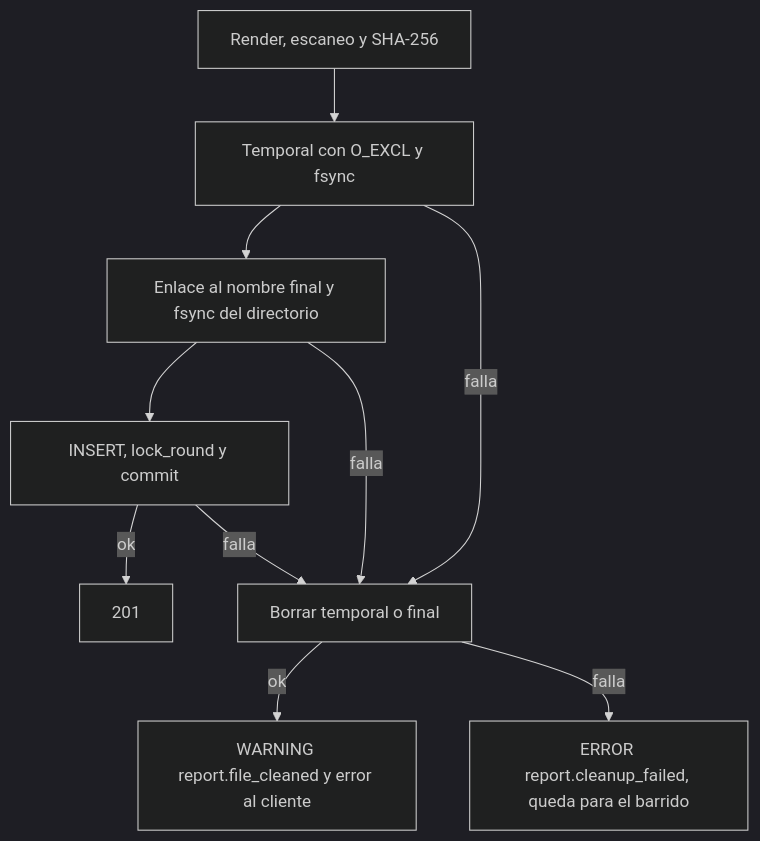
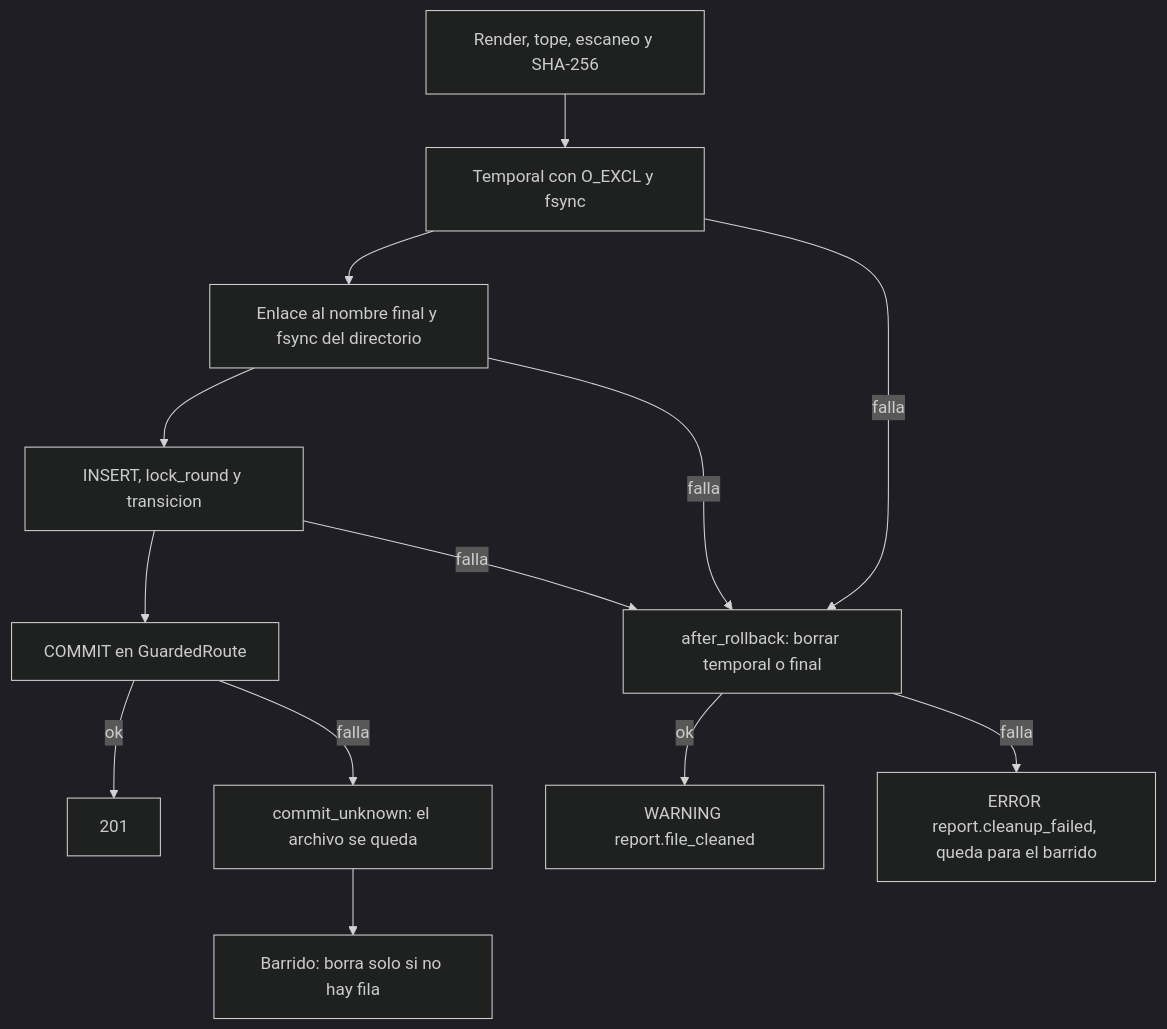
The diagram in aidlc/spaces/default/intents/261002-veridicus-mvp/construction/forensic-report/nfr-design/reliability-design.md (freyesJaveriana/tai), drawn with Mermaid (dark theme) before and after one commit. The commit also changed other lines of this file and 11 other files, not shown here.

````diff
--- a/aidlc/spaces/default/intents/261002-veridicus-mvp/construction/forensic-report/nfr-design/reliability-design.md
+++ b/aidlc/spaces/default/intents/261002-veridicus-mvp/construction/forensic-report/nfr-design/reliability-design.md
@@ -54,12 +75,15 @@
 ```mermaid
 flowchart TD
-  R[Render, escaneo y SHA-256] --> T[Temporal con O_EXCL y fsync]
+  R[Render, tope, escaneo y SHA-256] --> T[Temporal con O_EXCL y fsync]
   T --> L[Enlace al nombre final y fsync del directorio]
-  L --> I[INSERT, lock_round y commit]
-  I -->|ok| OK[201]
-  T -->|falla| C[Borrar temporal o final]
+  L --> I[INSERT, lock_round y transicion]
+  I --> K[COMMIT en GuardedRoute]
+  K -->|ok| OK[201]
+  T -->|falla| C[after_rollback: borrar temporal o final]
   L -->|falla| C
   I -->|falla| C
-  C -->|ok| W[WARNING report.file_cleaned y error al cliente]
+  K -->|falla| U[commit_unknown: el archivo se queda]
+  U --> B[Barrido: borra solo si no hay fila]
+  C -->|ok| W[WARNING report.file_cleaned]
   C -->|falla| E[ERROR report.cleanup_failed, queda para el barrido]
 ```
````
